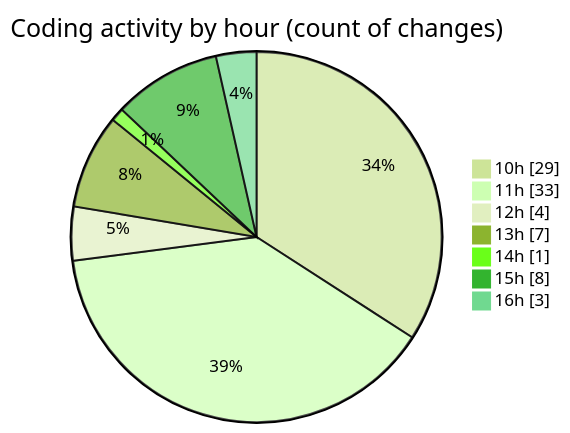
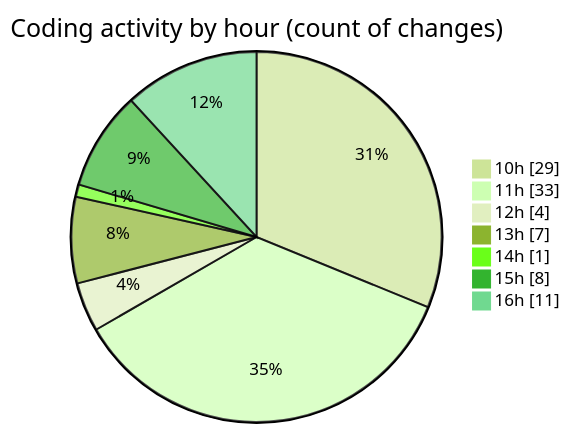
One commit to momahboobian/code-tracking changed the second of 2 diagrams in 2025-06-05/cda/README.md. Above: the diagram before and after it, drawn with Mermaid (forest theme). The commit also changed other lines of this file and 1 other file, not shown here.

````diff
--- a/2025-06-05/cda/README.md
+++ b/2025-06-05/cda/README.md
@@ -57,11 +61,11 @@
 ```mermaid
 pie showData
 title Coding activity by hour (count of changes)
 "10h" : 29
 "11h" : 33
 "12h" : 4
 "13h" : 7
 "14h" : 1
 "15h" : 8
-"16h" : 3
+"16h" : 11
 ```
````
